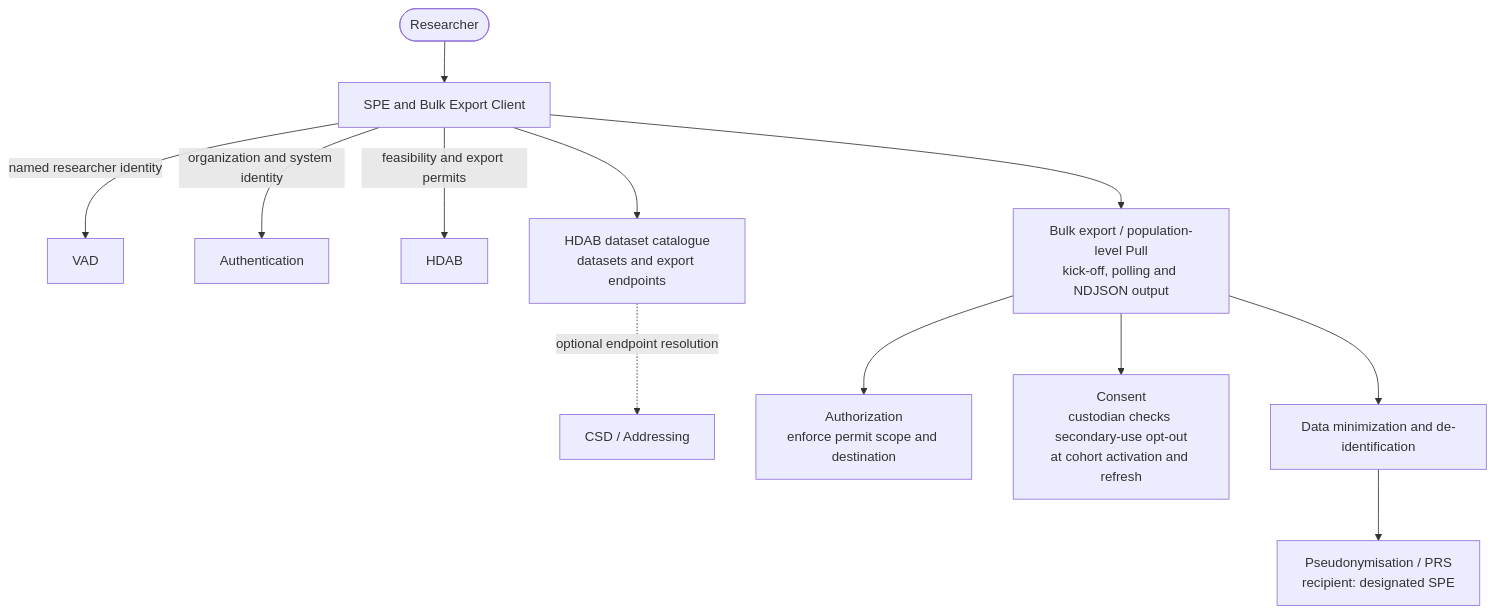
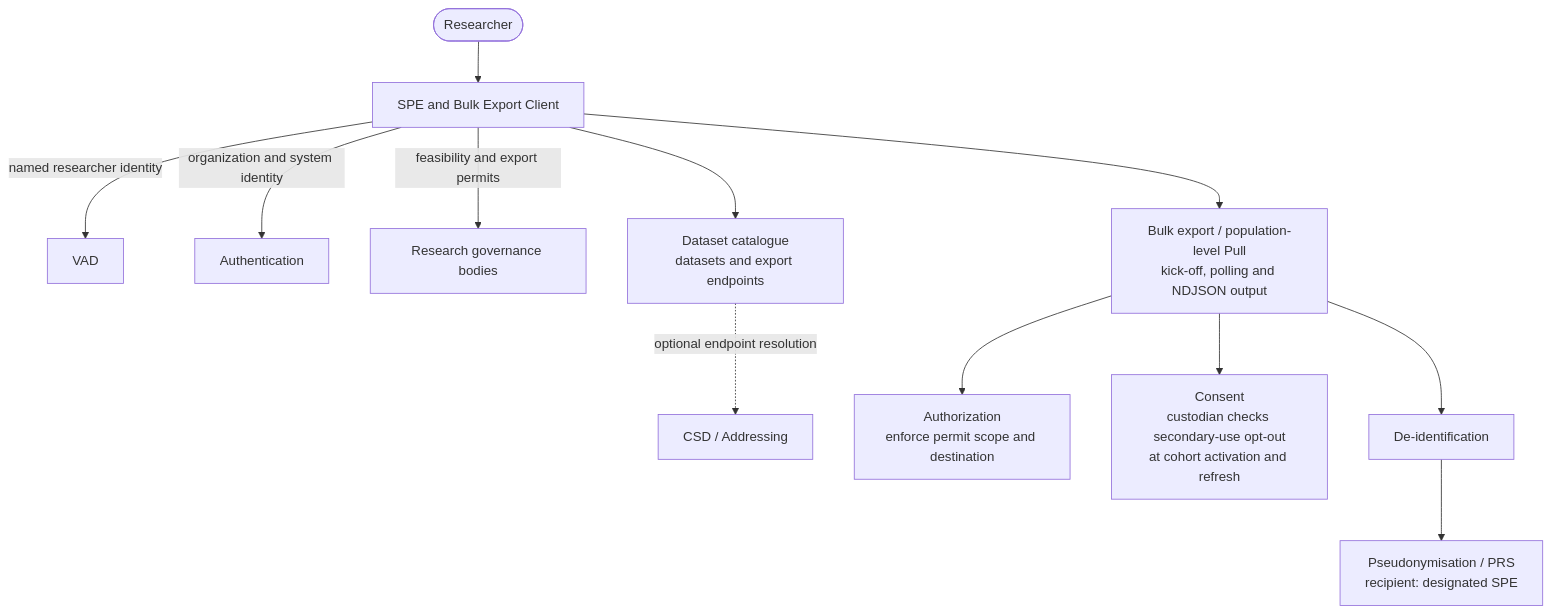
Before and after one commit to minvws/generiekefuncties-docs: the sixth of 7 diagrams in input/pagecontent/index.md, drawn with Mermaid. The commit also changed other lines of this file, not shown here.

````diff
--- a/input/pagecontent/index.md
+++ b/input/pagecontent/index.md
@@ -161,14 +161,14 @@
 ```mermaid
 flowchart TB
     Researcher([Researcher]) --> SPE["SPE and Bulk Export Client"]
     SPE -->|"named researcher identity"| VAD["VAD"]
     SPE -->|"organization and system identity"| Authentication["Authentication"]
-    SPE -->|"feasibility and export permits"| HDAB["HDAB"]
-    SPE --> Catalogue["HDAB dataset catalogue<br/>datasets and export endpoints"]
+    SPE -->|"feasibility and export permits"| Governance["Research governance bodies"]
+    SPE --> Catalogue["Dataset catalogue<br/>datasets and export endpoints"]
     Catalogue -.->|"optional endpoint resolution"| CSD["CSD / Addressing"]
     SPE --> Bulk["Bulk export / population-level Pull<br/>kick-off, polling and NDJSON output"]
     Bulk --> Authorization["Authorization<br/>enforce permit scope and destination"]
     Bulk --> Consent["Consent<br/>custodian checks secondary-use opt-out<br/>at cohort activation and refresh"]
-    Bulk --> Minimization["Data minimization and de-identification"]
-    Minimization --> PRS["Pseudonymisation / PRS<br/>recipient: designated SPE"]
+    Bulk --> Deidentification["De-identification"]
+    Deidentification --> PRS["Pseudonymisation / PRS<br/>recipient: designated SPE"]
 ```
````
